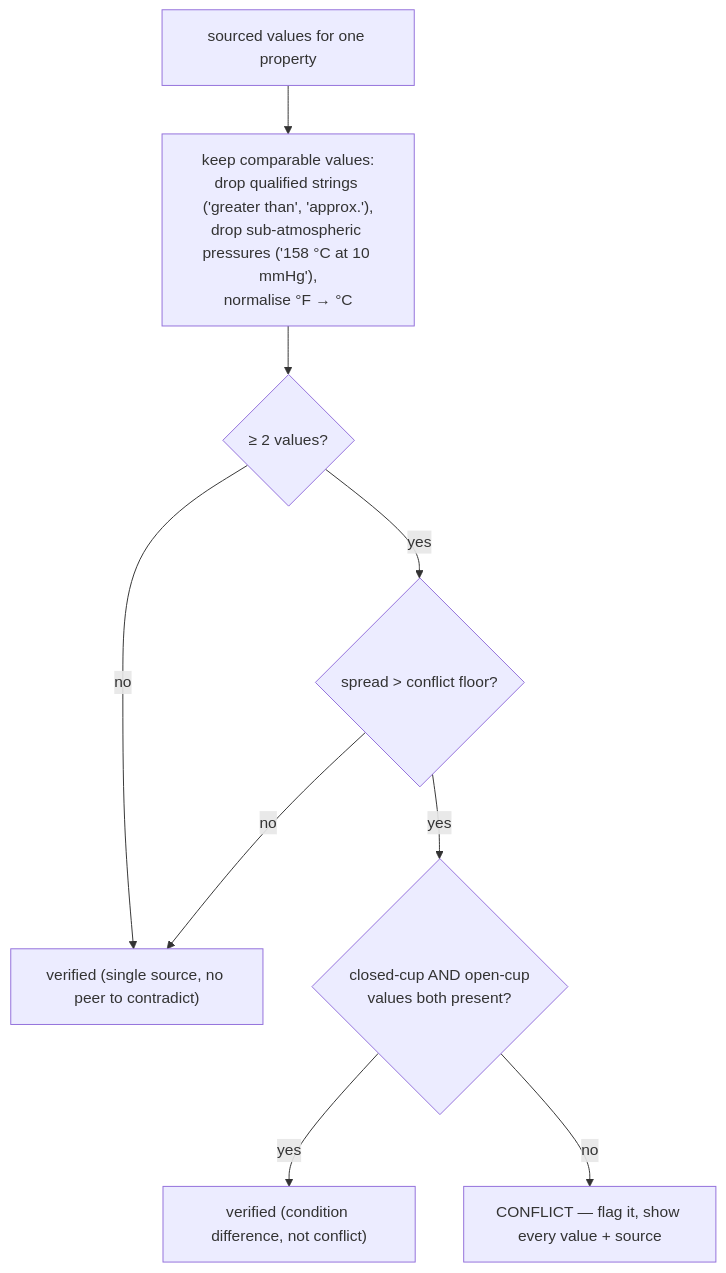
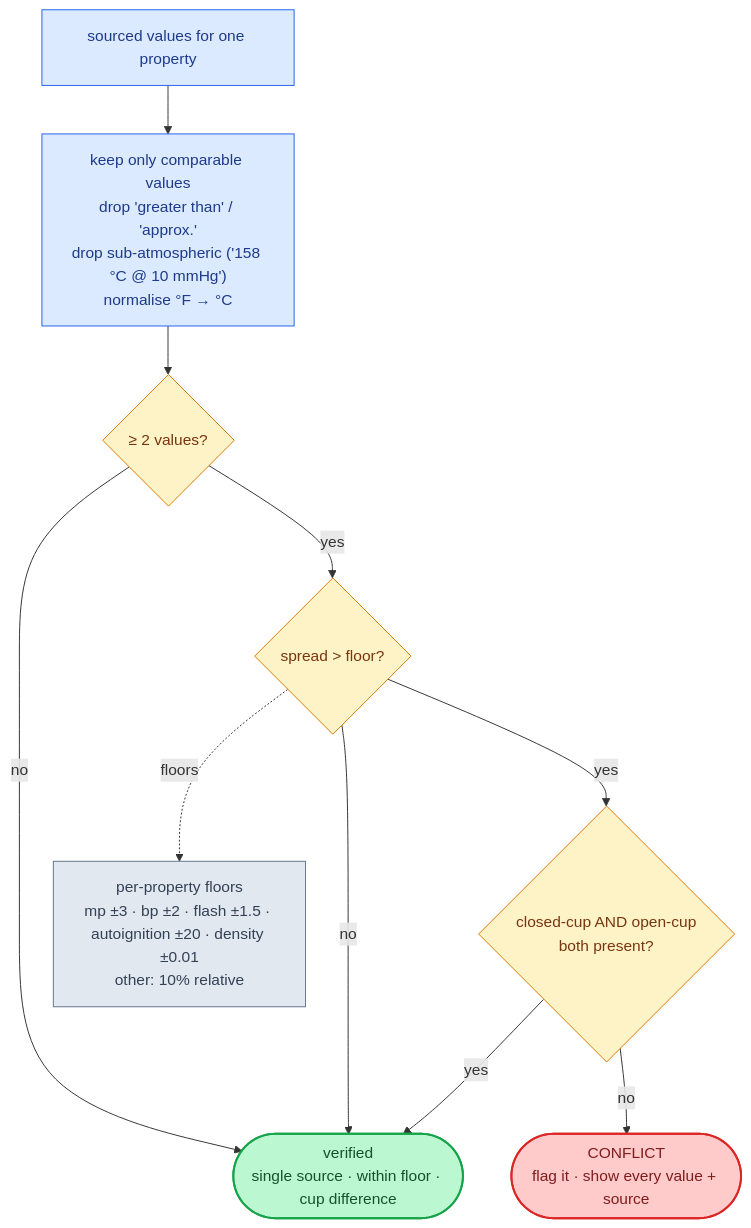
One commit to CL4Y68/chemfacts changed the third of 4 diagrams in README.md. Above: the diagram before and after it, drawn with Mermaid. The commit also changed other lines of this file and 1 other file, not shown here.

First line of the commit message:
beautify README diagrams: semantic color palette + node shapes + grouping

````diff
--- a/README.md
+++ b/README.md
@@ -109,11 +146,30 @@
 ```mermaid
 flowchart TD
-    A["sourced values for one property"] --> B["keep comparable values:<br/>drop qualified strings ('greater than', 'approx.'),<br/>drop sub-atmospheric pressures ('158 °C at 10 mmHg'),<br/>normalise °F → °C"]
-    B --> C{"≥ 2 values?"}
-    C -- no --> D["verified (single source, no peer to contradict)"]
-    C -- yes --> E{"spread > conflict floor?"}
-    E -- no --> D
-    E -- yes --> F{"closed-cup AND open-cup<br/>values both present?"}
-    F -- yes --> D2["verified (condition difference, not conflict)"]
-    F -- no --> G["CONFLICT — flag it, show every value + source"]
+    A["sourced values for one property"]:::proc
+    B["keep only comparable values<br/>drop 'greater than' / 'approx.'<br/>drop sub-atmospheric ('158 °C @ 10 mmHg')<br/>normalise °F → °C"]:::proc
+    C{"≥ 2 values?"}:::decide
+    D{"spread > floor?"}:::decide
+    E{"closed-cup AND open-cup<br/>both present?"}:::decide
+    V(["verified<br/>single source · within floor · cup difference"]):::ok
+    X(["CONFLICT<br/>flag it · show every value + source"]):::warn
+    N["per-property floors<br/>mp ±3 · bp ±2 · flash ±1.5 · autoignition ±20 · density ±0.01<br/>other: 10% relative"]:::plain
+
+    A --> B --> C
+    C -- "no" --> V
+    C -- "yes" --> D
+    D -- "no" --> V
+    D -- "yes" --> E
+    E -- "yes" --> V
+    E -- "no" --> X
+    D -. "floors" .-> N
+    classDef io      fill:#e0e7ff,stroke:#4f46e5,stroke-width:2px,color:#312e81
+    classDef proc    fill:#dbeafe,stroke:#2563eb,color:#1e3a8a
+    classDef decide  fill:#fef3c7,stroke:#d97706,color:#78350f
+    classDef store   fill:#d1fae5,stroke:#059669,color:#064e3b
+    classDef ok      fill:#bbf7d0,stroke:#16a34a,stroke-width:2px,color:#14532d
+    classDef warn    fill:#fecaca,stroke:#dc2626,stroke-width:2px,color:#7f1d1d
+    classDef plain   fill:#e2e8f0,stroke:#64748b,color:#334155
+    classDef card   fill:#ede9fe,stroke:#7c3aed,stroke-width:2px,color:#4c1d95
+    classDef mcp    fill:#cffafe,stroke:#0891b2,color:#164e63
+    classDef ext    fill:#f8fafc,stroke:#94a3b8,stroke-dasharray:5 4,color:#475569
 ```
````
